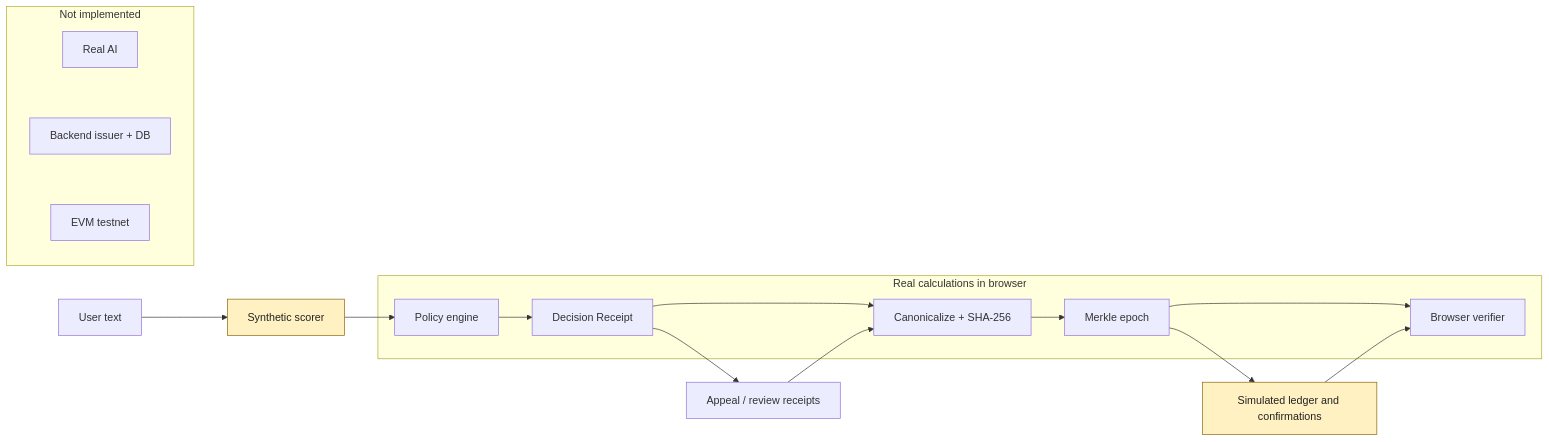
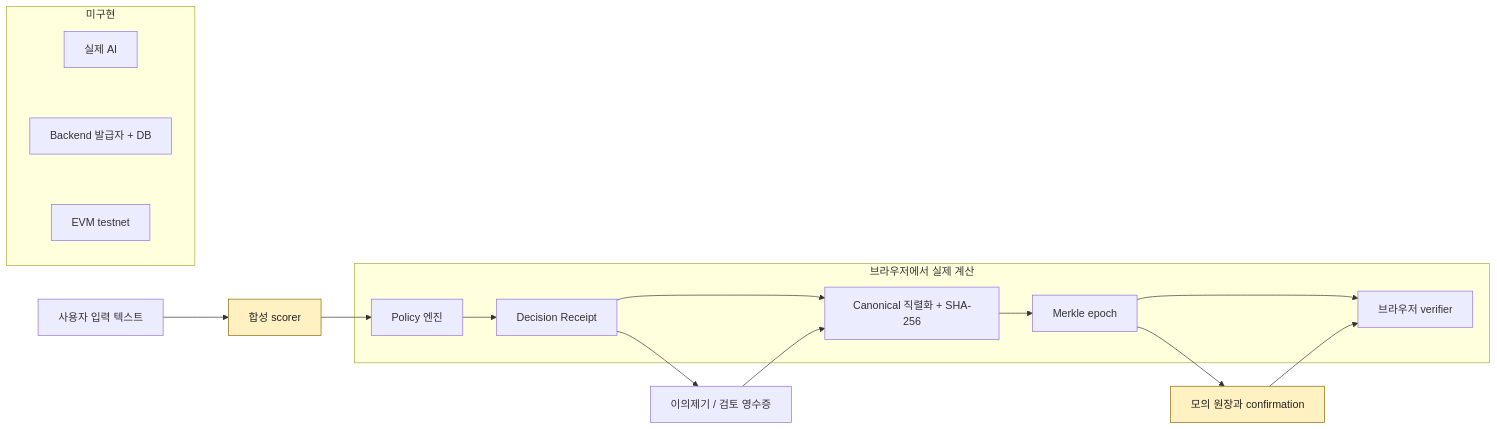
The diagram in README.md (jujinho03/verimod), drawn with Mermaid before and after one commit. The commit also changed other lines of this file and 42 other files, not shown here.

````diff
--- a/README.md
+++ b/README.md
@@ -38,20 +38,20 @@
 ```mermaid
 flowchart LR
-  Text[User text] --> Scorer[Synthetic scorer]
-  Scorer --> Policy[Policy engine]
-  subgraph Real[Real calculations in browser]
+  Text[사용자 입력 텍스트] --> Scorer[합성 scorer]
+  Scorer --> Policy[Policy 엔진]
+  subgraph Real[브라우저에서 실제 계산]
     Policy --> Receipt[Decision Receipt]
-    Receipt --> Hash[Canonicalize + SHA-256]
+    Receipt --> Hash[Canonical 직렬화 + SHA-256]
     Hash --> Merkle[Merkle epoch]
-    Merkle --> Verifier[Browser verifier]
+    Merkle --> Verifier[브라우저 verifier]
   end
-  Merkle --> Ledger[Simulated ledger and confirmations]
+  Merkle --> Ledger[모의 원장과 confirmation]
   Ledger --> Verifier
-  Receipt --> Appeal[Appeal / review receipts]
+  Receipt --> Appeal[이의제기 / 검토 영수증]
   Appeal --> Hash
-  subgraph Future[Not implemented]
-    AI[Real AI] ~~~ Backend[Backend issuer + DB] ~~~ EVM[EVM testnet]
+  subgraph Future[미구현]
+    AI[실제 AI] ~~~ Backend[Backend 발급자 + DB] ~~~ EVM[EVM testnet]
   end
   classDef simulated fill:#fff1c2,stroke:#8a6300,color:#222
   class Scorer,Ledger simulated
 ```
````
